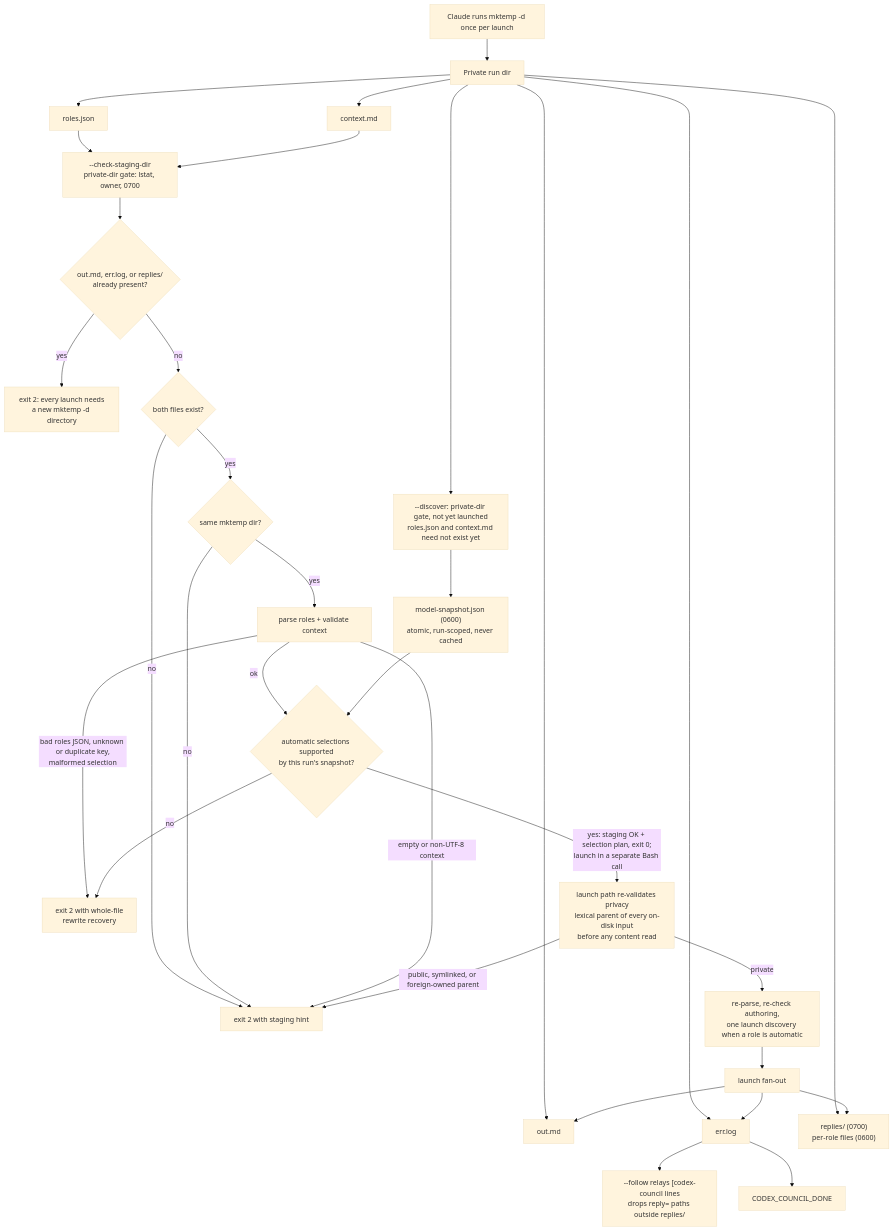
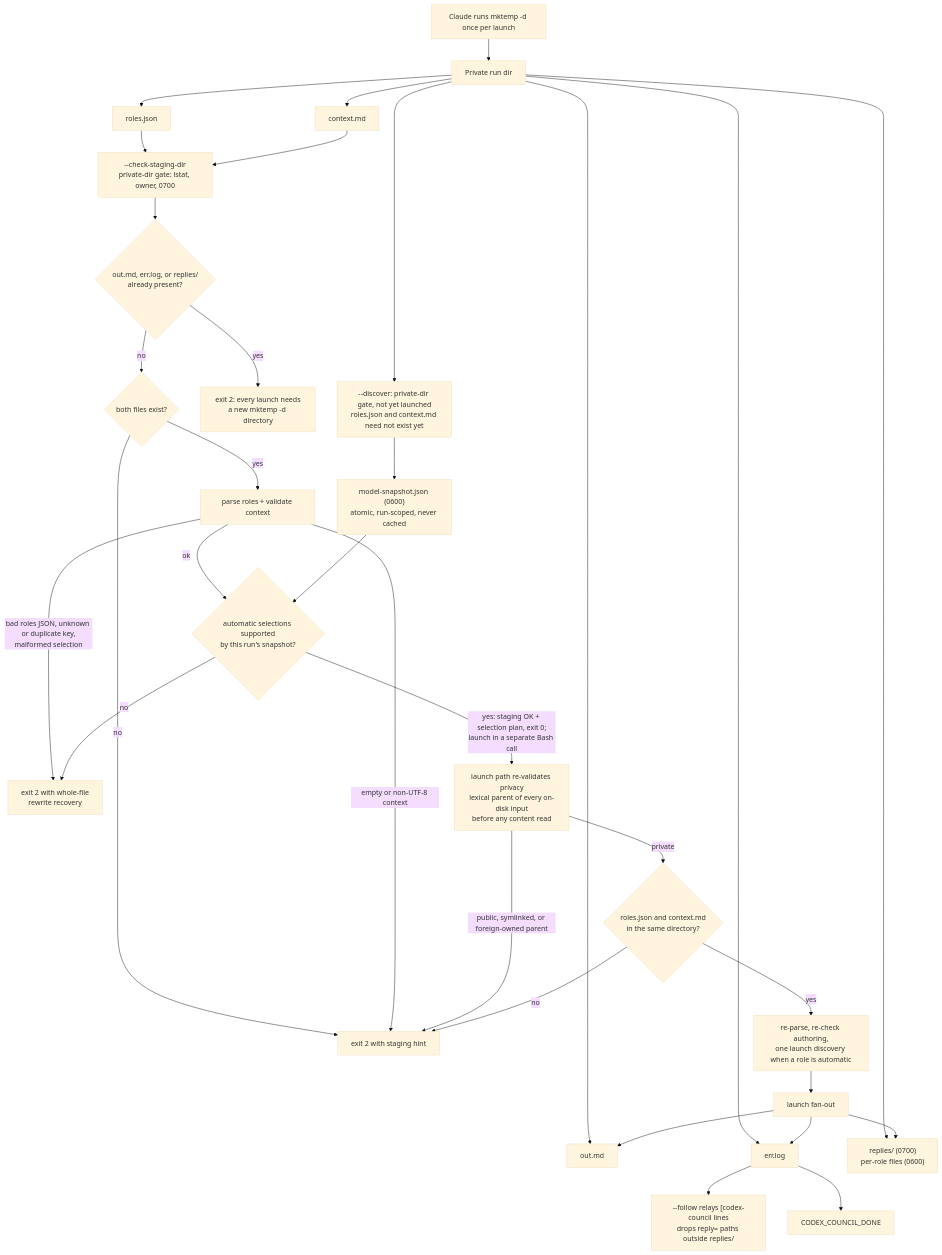
One commit to ehzawad/codex-council changed the fifth of 6 diagrams in DESIGN.md. Above: the diagram before and after it, drawn with Mermaid (base theme). The commit also changed other lines of this file and 23 other files, not shown here.

````diff
--- a/DESIGN.md
+++ b/DESIGN.md
@@ -1151,36 +1124,36 @@
 ```mermaid
 flowchart TD
     Mktemp["Claude runs mktemp -d once per launch"] --> Rundir["Private run dir"]
     Rundir --> DiscoverGate["--discover: private-dir gate, not yet launched<br/>roles.json and context.md need not exist yet"]
     DiscoverGate --> Snapshot["model-snapshot.json (0600)<br/>atomic, run-scoped, never cached"]
     Rundir --> Roles["roles.json"]
     Rundir --> Context["context.md"]
     Rundir --> Out["out.md"]
     Rundir --> Err["err.log"]
     Rundir --> Replies["replies/ (0700)<br/>per-role files (0600)"]
 
     Roles --> Preflight["--check-staging-dir<br/>private-dir gate: lstat, owner, 0700"]
     Context --> Preflight
     Preflight --> Launched{"out.md, err.log, or replies/<br/>already present?"}
     Launched -->|"yes"| NewDir["exit 2: every launch needs<br/>a new mktemp -d directory"]
     Launched -->|"no"| Exists{"both files exist?"}
     Exists -->|"no"| StageError["exit 2 with staging hint"]
-    Exists -->|"yes"| SameDir{"same mktemp dir?"}
-    SameDir -->|"no"| StageError
-    SameDir -->|"yes"| Parse["parse roles + validate context"]
+    Exists -->|"yes"| Parse["parse roles + validate context"]
     Parse -->|"empty or non-UTF-8 context"| StageError
     Parse -->|"bad roles JSON, unknown or duplicate key,<br/>malformed selection"| RolesError["exit 2 with whole-file<br/>rewrite recovery"]
     Parse -->|"ok"| Authoring{"automatic selections supported<br/>by this run's snapshot?"}
     Snapshot --> Authoring
     Authoring -->|"no"| RolesError
     Authoring -->|"yes: staging OK + selection plan, exit 0;<br/>launch in a separate Bash call"| LaunchGate["launch path re-validates privacy<br/>lexical parent of every on-disk input<br/>before any content read"]
     LaunchGate -->|"public, symlinked, or foreign-owned parent"| StageError
-    LaunchGate -->|"private"| Revalidate["re-parse, re-check authoring,<br/>one launch discovery when a role is automatic"]
+    LaunchGate -->|"private"| SameDir{"roles.json and context.md<br/>in the same directory?"}
+    SameDir -->|"no"| StageError
+    SameDir -->|"yes"| Revalidate["re-parse, re-check authoring,<br/>one launch discovery when a role is automatic"]
     Revalidate --> Launch["launch fan-out"]
 
     Launch --> Replies
     Launch --> Out
     Launch --> Err
     Err --> Follow["--follow relays [codex-council lines<br/>drops reply= paths outside replies/"]
     Err --> Sentinel["CODEX_COUNCIL_DONE"]
 ```
````
